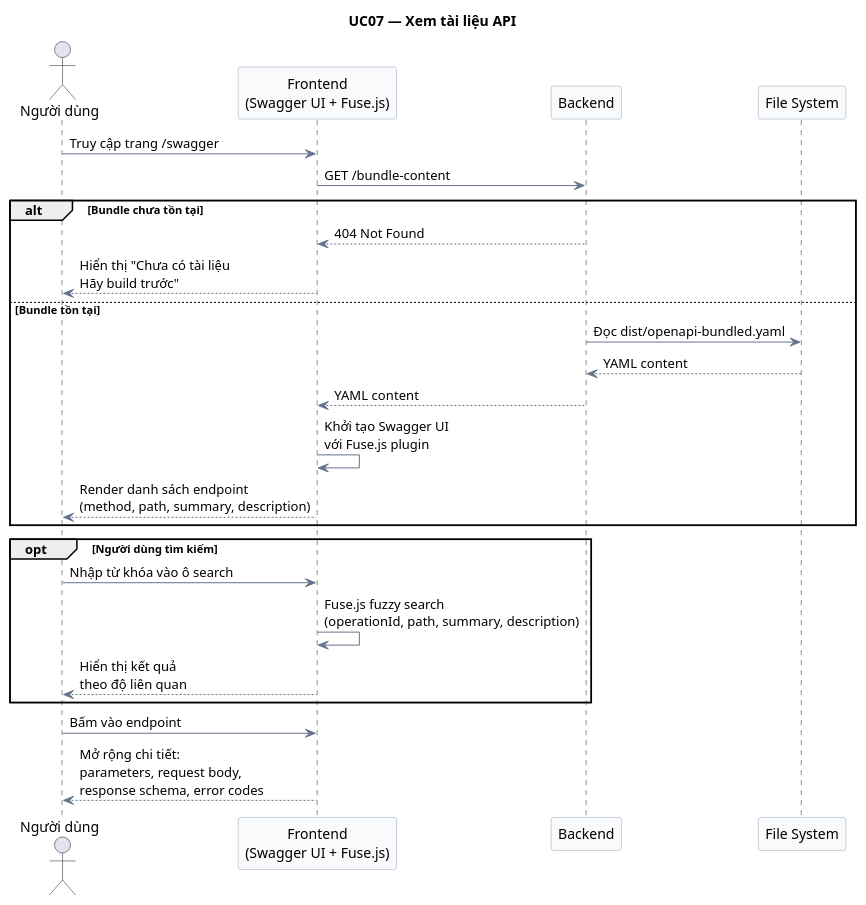
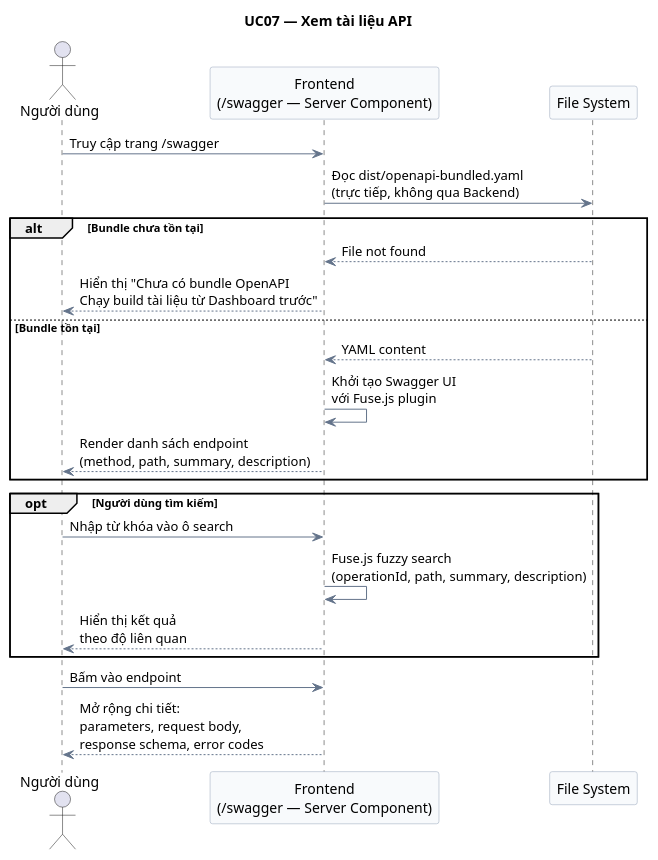
Before and after one commit to DuyTon666/API-CONVERTER: the diagram in docs/sequence/UC07_sequence.puml, drawn with PlantUML. The commit also changed 80 other files, not shown here.

```diff
--- a/docs/sequence/UC07_sequence.puml
+++ b/docs/sequence/UC07_sequence.puml
@@ -1,37 +1,34 @@
 @startuml UC07_XemTaiLieuAPI
 skinparam SequenceArrowColor #64748B
 skinparam SequenceBoxBorderColor #CBD5E1
 skinparam ParticipantBackgroundColor #F8FAFC
 skinparam ParticipantBorderColor #94A3B8
 
 title UC07 — Xem tài liệu API
 
 actor "Người dùng" as User
-participant "Frontend\n(Swagger UI + Fuse.js)" as FE
-participant "Backend" as BE
+participant "Frontend\n(/swagger — Server Component)" as FE
 participant "File System" as FS
 
 User -> FE: Truy cập trang /swagger
-FE -> BE: GET /bundle-content
+FE -> FS: Đọc dist/openapi-bundled.yaml\n(trực tiếp, không qua Backend)
 
 alt Bundle chưa tồn tại
-  BE --> FE: 404 Not Found
-  FE --> User: Hiển thị "Chưa có tài liệu\nHãy build trước"
+  FS --> FE: File not found
+  FE --> User: Hiển thị "Chưa có bundle OpenAPI\nChạy build tài liệu từ Dashboard trước"
 else Bundle tồn tại
-  BE -> FS: Đọc dist/openapi-bundled.yaml
-  FS --> BE: YAML content
-  BE --> FE: YAML content
+  FS --> FE: YAML content
   FE -> FE: Khởi tạo Swagger UI\nvới Fuse.js plugin
   FE --> User: Render danh sách endpoint\n(method, path, summary, description)
 end
 
 opt Người dùng tìm kiếm
   User -> FE: Nhập từ khóa vào ô search
   FE -> FE: Fuse.js fuzzy search\n(operationId, path, summary, description)
   FE --> User: Hiển thị kết quả\ntheo độ liên quan
 end
 
 User -> FE: Bấm vào endpoint
 FE --> User: Mở rộng chi tiết:\nparameters, request body,\nresponse schema, error codes
 
 @enduml
```
